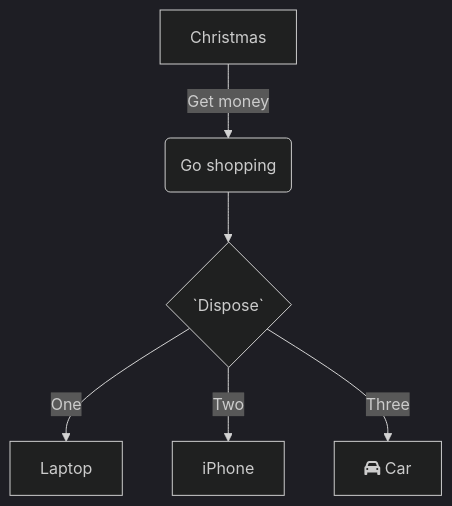
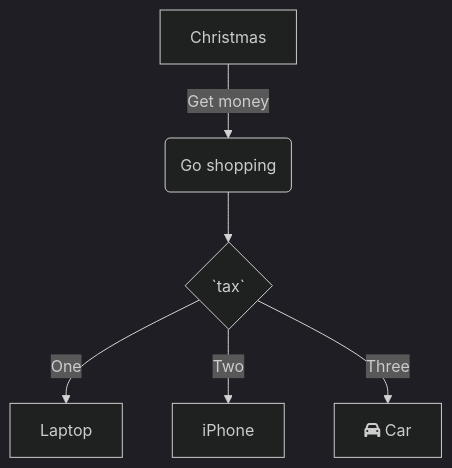
One commit to swimmio/csharp-shaul-test changed the third of 3 diagrams in .swm/mermaid-118.3oxn9ns6.sw.md. Above: the diagram before and after it, drawn with Mermaid (dark theme). The commit also changed other lines of this file, not shown here.

Commit message:
docs(swimm): update doc: "Mermaid 1.18"

````diff
--- a/.swm/mermaid-118.3oxn9ns6.sw.md
+++ b/.swm/mermaid-118.3oxn9ns6.sw.md
@@ -46,10 +46,9 @@
 ```mermaid
 graph TD
 A[Christmas] -->|Get money| B(Go shopping)
-B --> C{`Dispose`}
+B --> C{`tax`}
 C -->|One| D[Laptop]
 C -->|Two| E[iPhone]
 C -->|Three| F[fa:fa-car Car]
 
-
 ```
````
